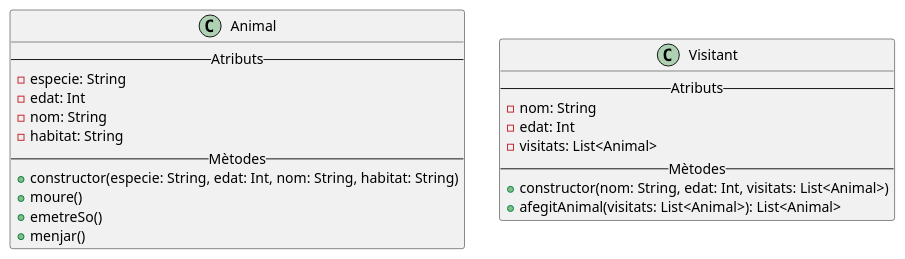
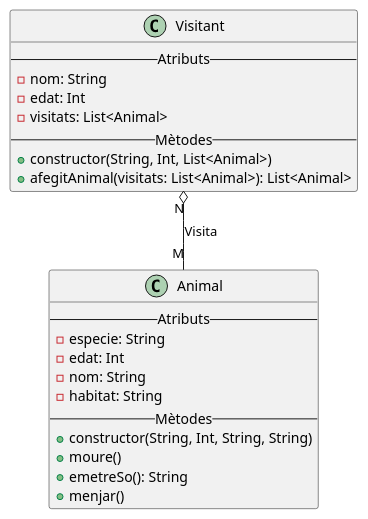
Before and after one commit to MarcBonamusa/DiagramesClasses: the diagram in src/main/kotlin/uml/Exercici2.puml, drawn with PlantUML. The commit also changed 11 other files, not shown here.

```diff
--- a/src/main/kotlin/uml/Exercici2.puml
+++ b/src/main/kotlin/uml/Exercici2.puml
@@ -1,27 +1,29 @@
 @startuml
 'https://plantuml.com/class-diagram
 
 class Animal {
     -- Atributs --
     - especie: String
     - edat: Int
     - nom: String
     - habitat: String
     -- Mètodes --
-    + constructor(especie: String, edat: Int, nom: String, habitat: String)
+    + constructor(String, Int, String, String)
     + moure()
-    + emetreSo()
+    + emetreSo(): String
     + menjar()
 }
 
 class Visitant {
     -- Atributs --
     - nom: String
     - edat: Int
     - visitats: List<Animal>
     -- Mètodes --
-    + constructor(nom: String, edat: Int, visitats: List<Animal>)
+    + constructor(String, Int, List<Animal>)
     + afegitAnimal(visitats: List<Animal>): List<Animal>
 }
 
+Visitant "N" o-- "M" Animal: Visita
+
 @enduml
```
